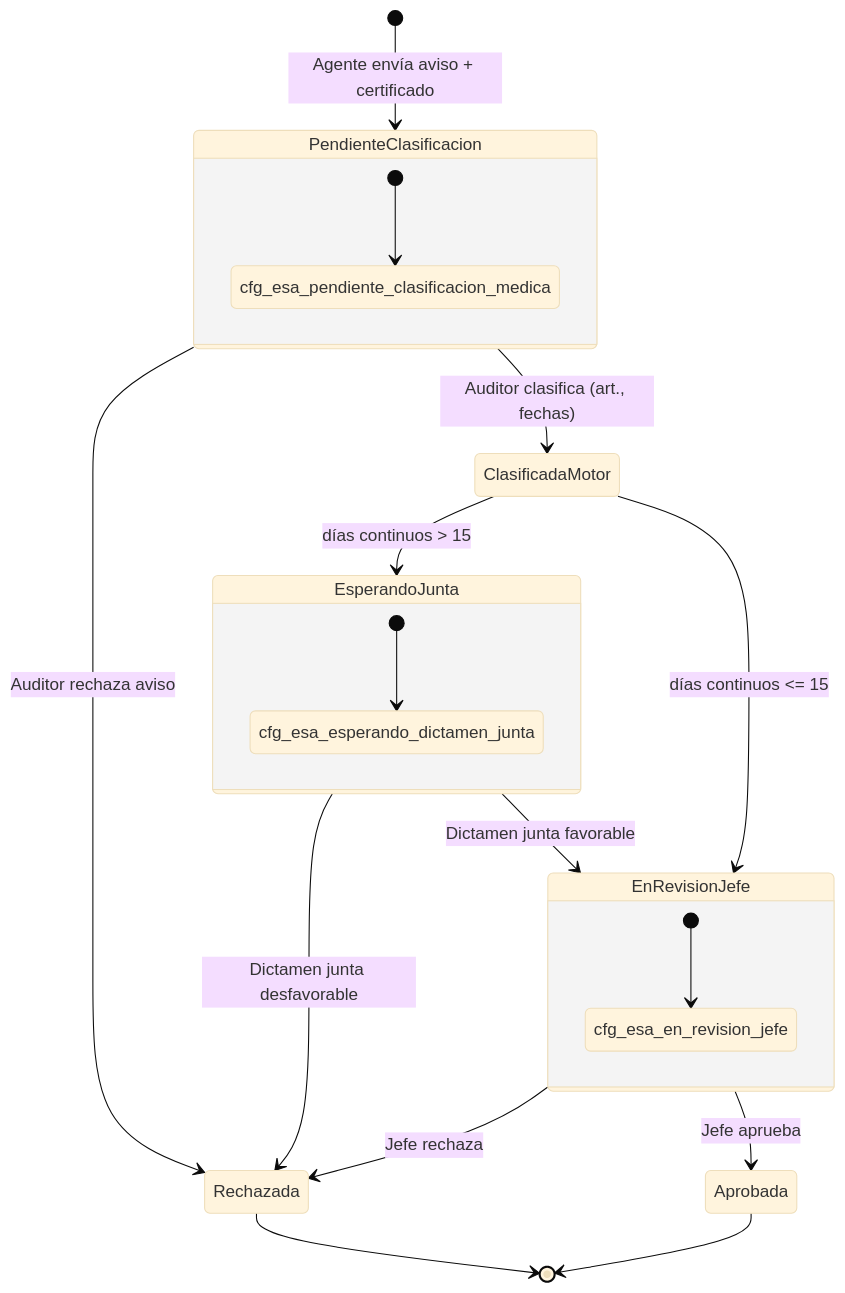
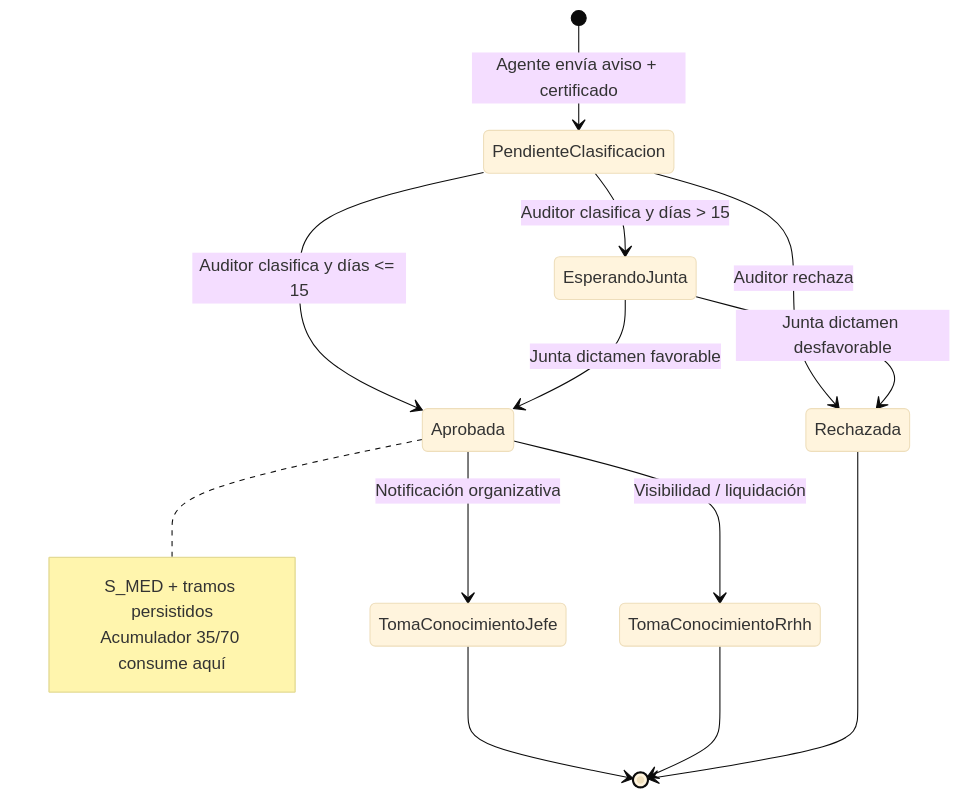
The diagram in docs/v2/RFC_TICKETERA_SLICE_MEDICO_CAJA_NEGRA_V2.md (jorgemosto1981/portal-hospital-v2), drawn with Mermaid (base theme) before and after one commit. The commit also changed other lines of this file and 3 other files, not shown here.

Commit message:
docs(1919): flujo medico APROBADA solo auditor/junta y TC jefe/RRHH

````diff
--- a/docs/v2/RFC_TICKETERA_SLICE_MEDICO_CAJA_NEGRA_V2.md
+++ b/docs/v2/RFC_TICKETERA_SLICE_MEDICO_CAJA_NEGRA_V2.md
@@ -104,25 +115,20 @@
 ```mermaid
 stateDiagram-v2
   direction TB
   [*] --> PendienteClasificacion: Agente envía aviso + certificado
-  PendienteClasificacion --> Rechazada: Auditor rechaza aviso
-  PendienteClasificacion --> ClasificadaMotor: Auditor clasifica (art., fechas)
-  ClasificadaMotor --> EsperandoJunta: días continuos > 15
-  ClasificadaMotor --> EnRevisionJefe: días continuos <= 15
-  EsperandoJunta --> Rechazada: Dictamen junta desfavorable
-  EsperandoJunta --> EnRevisionJefe: Dictamen junta favorable
-  EnRevisionJefe --> Rechazada: Jefe rechaza
-  EnRevisionJefe --> Aprobada: Jefe aprueba
-  Aprobada --> [*]
+  PendienteClasificacion --> Rechazada: Auditor rechaza
+  PendienteClasificacion --> Aprobada: Auditor clasifica y días <= 15
+  PendienteClasificacion --> EsperandoJunta: Auditor clasifica y días > 15
+  EsperandoJunta --> Rechazada: Junta dictamen desfavorable
+  EsperandoJunta --> Aprobada: Junta dictamen favorable
+  Aprobada --> TomaConocimientoJefe: Notificación organizativa
+  Aprobada --> TomaConocimientoRrhh: Visibilidad / liquidación
+  TomaConocimientoJefe --> [*]
+  TomaConocimientoRrhh --> [*]
   Rechazada --> [*]
 
-  state PendienteClasificacion {
-    [*] --> cfg_esa_pendiente_clasificacion_medica
-  }
-  state EsperandoJunta {
-    [*] --> cfg_esa_esperando_dictamen_junta
-  }
-  state EnRevisionJefe {
-    [*] --> cfg_esa_en_revision_jefe
-  }
+  note right of Aprobada
+    S_MED + tramos persistidos
+    Acumulador 35/70 consume aquí
+  end note
 ```
````
